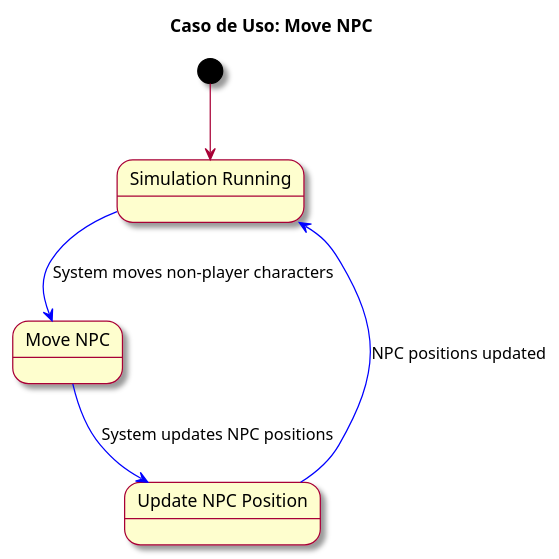
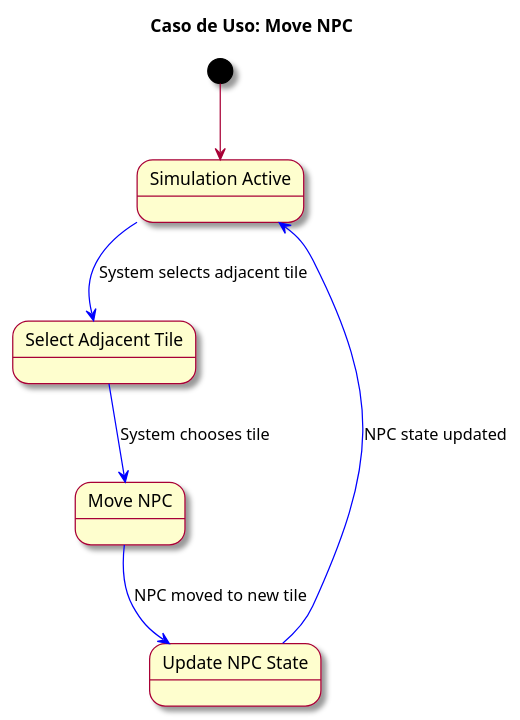
The diagram in docs/casosDeUso/detalleDeCasosDeUso/moveNPC.puml (mmasias/23-24-IdSw2-SDD), drawn with PlantUML before and after one commit.

Commit message:
[fix] moveNPC.puml

```diff
--- a/docs/casosDeUso/detalleDeCasosDeUso/moveNPC.puml
+++ b/docs/casosDeUso/detalleDeCasosDeUso/moveNPC.puml
@@ -1,14 +1,16 @@
 @startuml
 skin rose
 title Caso de Uso: Move NPC
 
-state SIMULATION_RUNNING as "Simulation Running"
+state SIMULATION_ACTIVE as "Simulation Active"
+state SelectTile as "Select Adjacent Tile"
 state MoveNPC as "Move NPC"
-state UpdateNPCPosition as "Update NPC Position"
+state UpdateState as "Update NPC State"
 
-[*] --> SIMULATION_RUNNING
-SIMULATION_RUNNING -[#blue]-> MoveNPC : System moves non-player characters
-MoveNPC -[#blue]-> UpdateNPCPosition : System updates NPC positions
-UpdateNPCPosition -[#blue]-> SIMULATION_RUNNING : NPC positions updated
+[*] --> SIMULATION_ACTIVE
+SIMULATION_ACTIVE -[#blue]-> SelectTile : System selects adjacent tile
+SelectTile -[#blue]-> MoveNPC : System chooses tile
+MoveNPC -[#blue]-> UpdateState : NPC moved to new tile
+UpdateState -[#blue]-> SIMULATION_ACTIVE : NPC state updated
 
 @enduml
```
